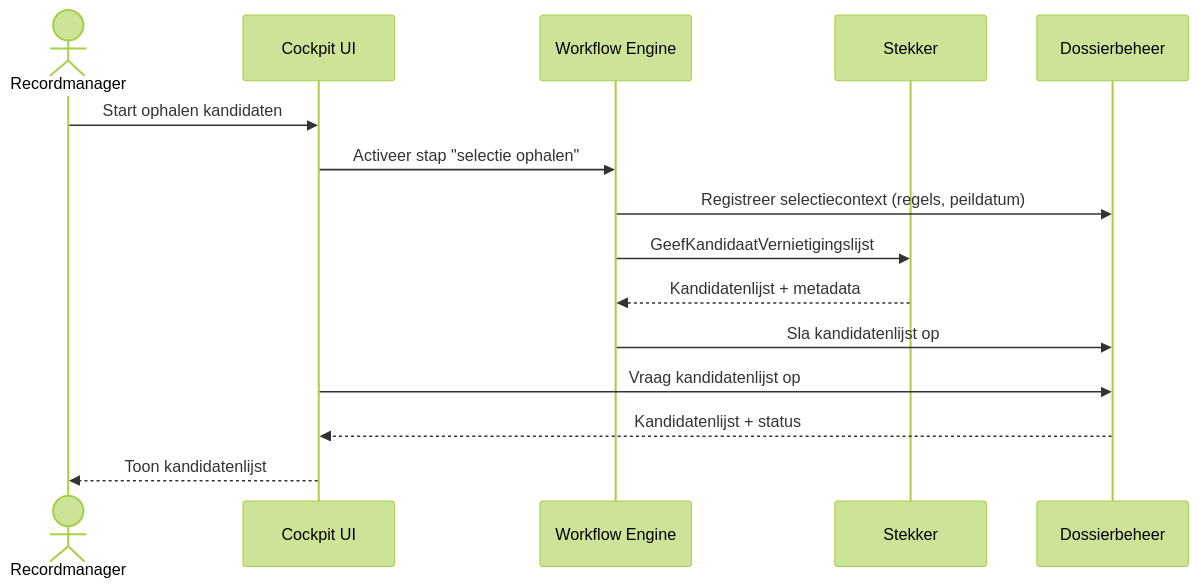
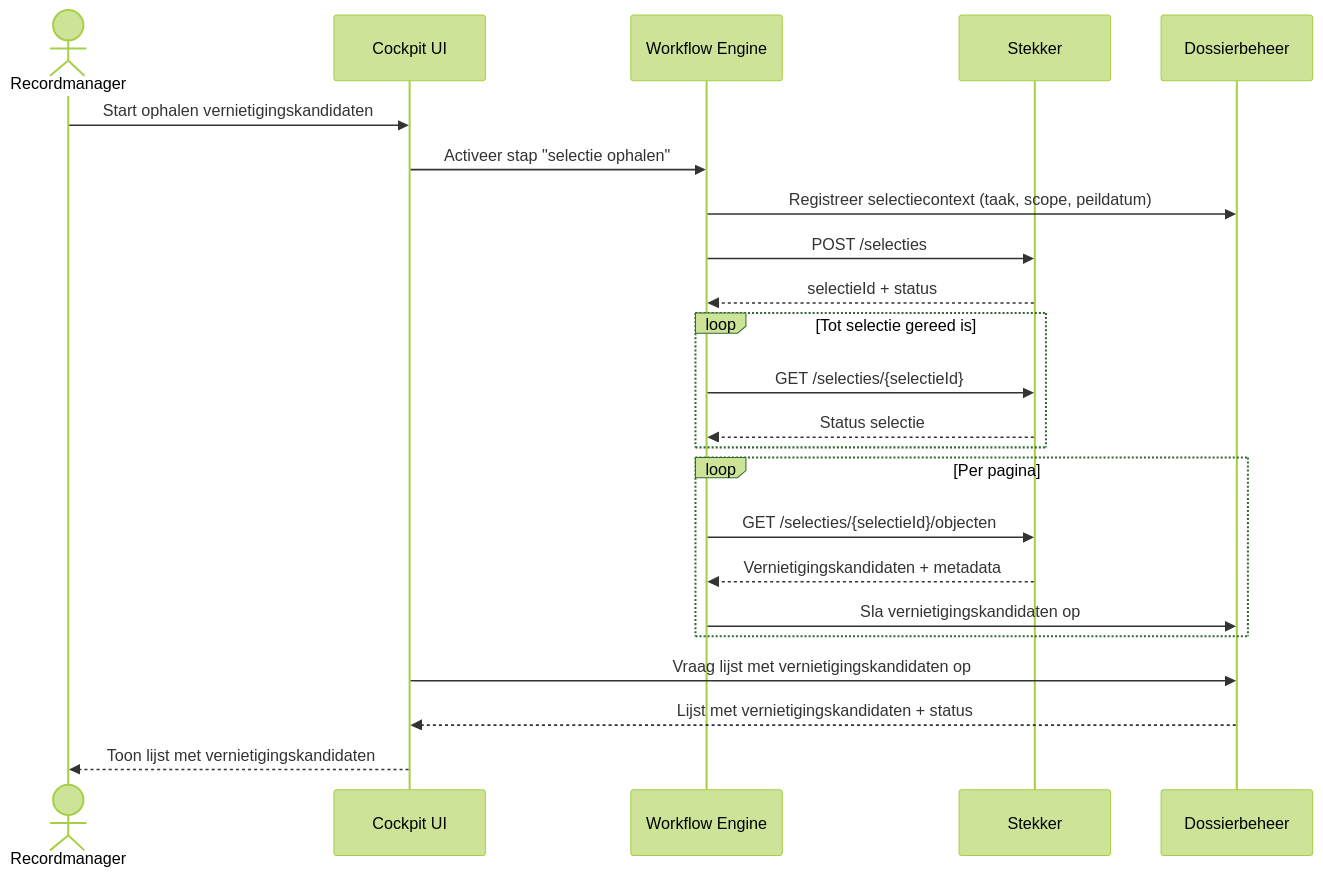
One commit to GemeenteArnhem/Vernietigingscockpit changed the second of 11 diagrams in architectuur/sequence-diagrammen.md. Above: the diagram before and after it, drawn with Mermaid (forest theme). The commit also changed other lines of this file and 4 other files, not shown here.

````diff
--- a/architectuur/sequence-diagrammen.md
+++ b/architectuur/sequence-diagrammen.md
@@ -39,21 +39,30 @@
 ```mermaid
 sequenceDiagram
     actor RM as Recordmanager
     participant UI as Cockpit UI
     participant WF as Workflow Engine
     participant Stekker
     participant D as Dossierbeheer
 
-    RM ->> UI: Start ophalen kandidaten
+    RM ->> UI: Start ophalen vernietigingskandidaten
     UI ->> WF: Activeer stap "selectie ophalen"
 
-    WF ->> D: Registreer selectiecontext (regels, peildatum)
-    WF ->> Stekker: GeefKandidaatVernietigingslijst
+    WF ->> D: Registreer selectiecontext (taak, scope, peildatum)
+    WF ->> Stekker: POST /selecties
+    Stekker -->> WF: selectieId + status
 
-    Stekker -->> WF: Kandidatenlijst + metadata
-    WF ->> D: Sla kandidatenlijst op
+    loop Tot selectie gereed is
+        WF ->> Stekker: GET /selecties/{selectieId}
+        Stekker -->> WF: Status selectie
+    end
 
-    UI ->> D: Vraag kandidatenlijst op
-    D -->> UI: Kandidatenlijst + status
-    UI -->> RM: Toon kandidatenlijst
+    loop Per pagina
+        WF ->> Stekker: GET /selecties/{selectieId}/objecten
+        Stekker -->> WF: Vernietigingskandidaten + metadata
+        WF ->> D: Sla vernietigingskandidaten op
+    end
+
+    UI ->> D: Vraag lijst met vernietigingskandidaten op
+    D -->> UI: Lijst met vernietigingskandidaten + status
+    UI -->> RM: Toon lijst met vernietigingskandidaten
 ```
````
